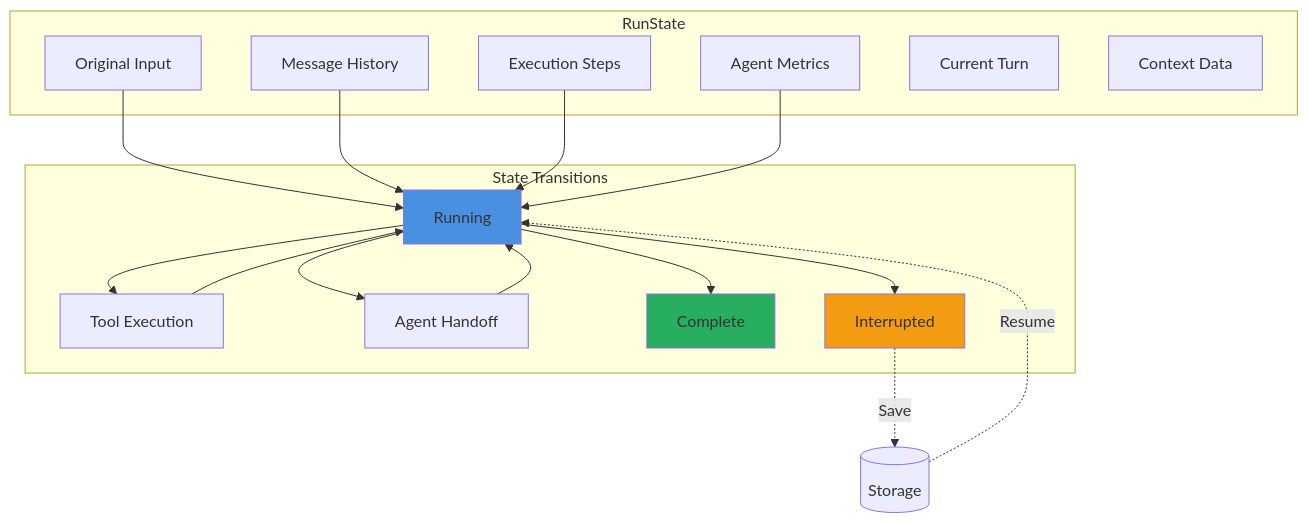
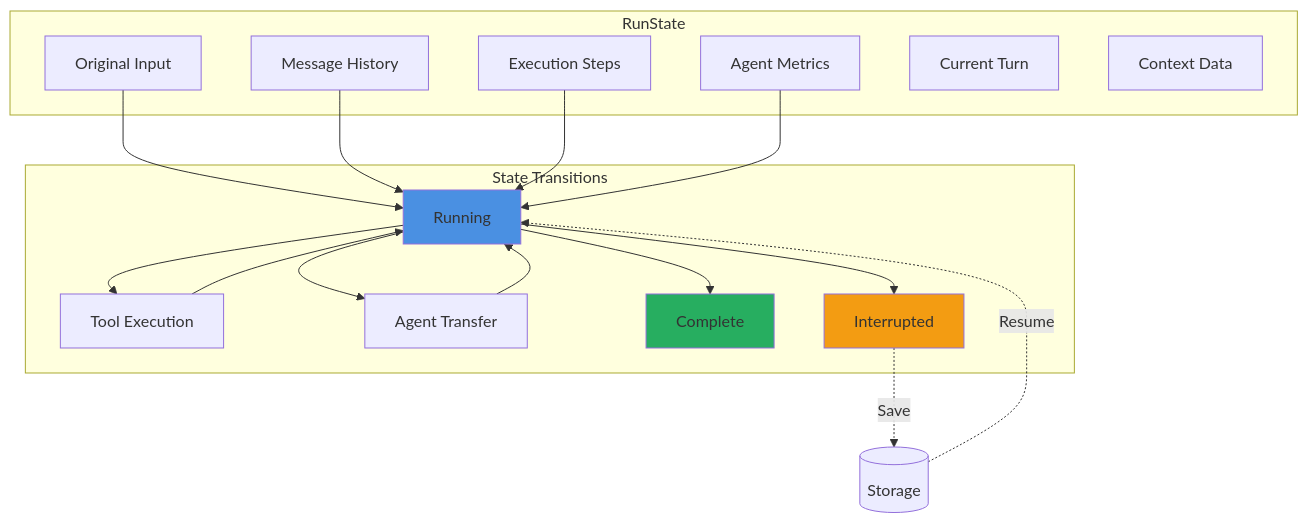
The seventh of 10 diagrams in docs/guides/CORE_CONCEPTS.md (Manoj-tawk/tawk-agents-sdk), drawn with Mermaid before and after one commit. The commit also changed other lines of this file and 14 other files, not shown here.

````diff
--- a/docs/guides/CORE_CONCEPTS.md
+++ b/docs/guides/CORE_CONCEPTS.md
@@ -354,38 +354,38 @@
 ```mermaid
 graph TB
     subgraph "RunState"
         Input[Original Input]
         Messages[Message History]
         Steps[Execution Steps]
         Metrics[Agent Metrics]
         Turn[Current Turn]
         Context[Context Data]
     end
     
     subgraph "State Transitions"
         Running[Running]
         ToolCall[Tool Execution]
-        Handoff[Agent Handoff]
+        Transfer[Agent Transfer]
         Complete[Complete]
         Interrupted[Interrupted]
     end
     
     Input --> Running
     Messages --> Running
     Steps --> Running
     Metrics --> Running
     
     Running --> ToolCall
     ToolCall --> Running
-    Running --> Handoff
-    Handoff --> Running
+    Running --> Transfer
+    Transfer --> Running
     Running --> Complete
     Running --> Interrupted
     
     Interrupted -.Save.-> Storage[(Storage)]
     Storage -.Resume.-> Running
     
     style Running fill:#4a90e2
     style Complete fill:#27ae60
     style Interrupted fill:#f39c12
 ```
````
